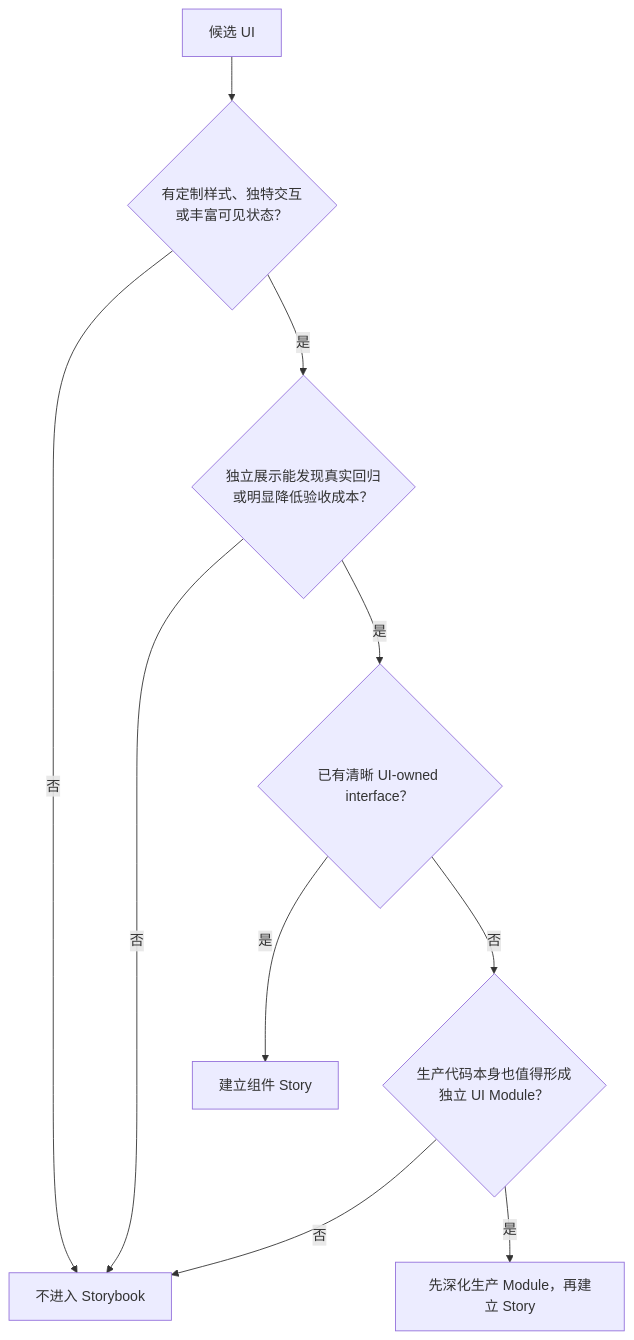
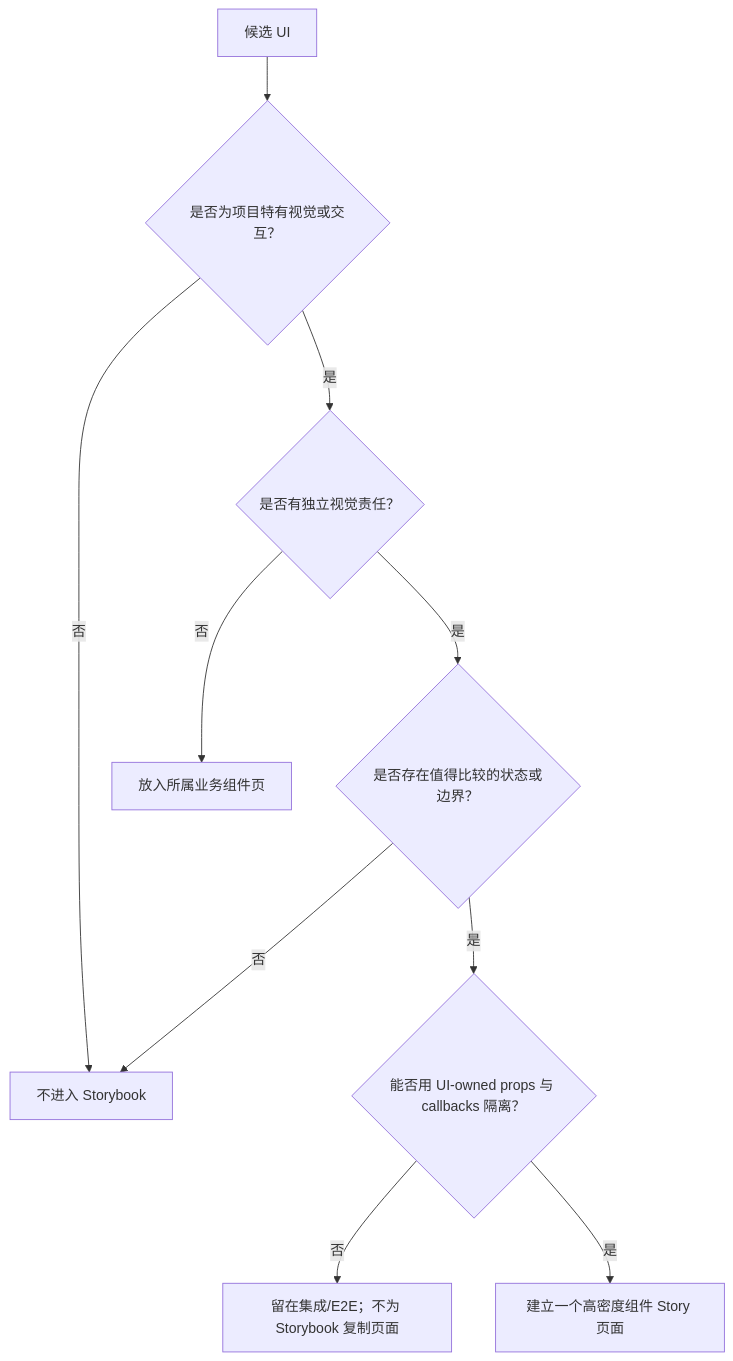
The diagram in docs/iterations/v1.2.5/storybook-acceptance-design-plan.md (Floribunda1/reflecta), drawn with Mermaid before and after one commit. The commit also changed other lines of this file, not shown here.

Commit message:
docs(storybook): redefine component acceptance cases

````diff
--- a/docs/iterations/v1.2.5/storybook-acceptance-design-plan.md
+++ b/docs/iterations/v1.2.5/storybook-acceptance-design-plan.md
@@ -77,12 +106,12 @@
 ```mermaid
 flowchart TD
-    Start["候选 UI"] --> Unique{"有定制样式、独特交互<br/>或丰富可见状态？"}
-    Unique -- 否 --> Exclude["不进入 Storybook"]
-    Unique -- 是 --> Value{"独立展示能发现真实回归<br/>或明显降低验收成本？"}
-    Value -- 否 --> Exclude
-    Value -- 是 --> Seam{"已有清晰 UI-owned interface？"}
-    Seam -- 是 --> Story["建立组件 Story"]
-    Seam -- 否 --> Product{"生产代码本身也值得形成<br/>独立 UI Module？"}
-    Product -- 否 --> Exclude
-    Product -- 是 --> Refactor["先深化生产 Module，再建立 Story"]
+  A["候选 UI"] --> B{"是否为项目特有视觉或交互？"}
+  B -- "否" --> X["不进入 Storybook"]
+  B -- "是" --> C{"是否有独立视觉责任？"}
+  C -- "否" --> Y["放入所属业务组件页"]
+  C -- "是" --> D{"是否存在值得比较的状态或边界？"}
+  D -- "否" --> X
+  D -- "是" --> E{"能否用 UI-owned props 与 callbacks 隔离？"}
+  E -- "否" --> Z["留在集成/E2E；不为 Storybook 复制页面"]
+  E -- "是" --> S["建立一个高密度组件 Story 页面"]
 ```
````
